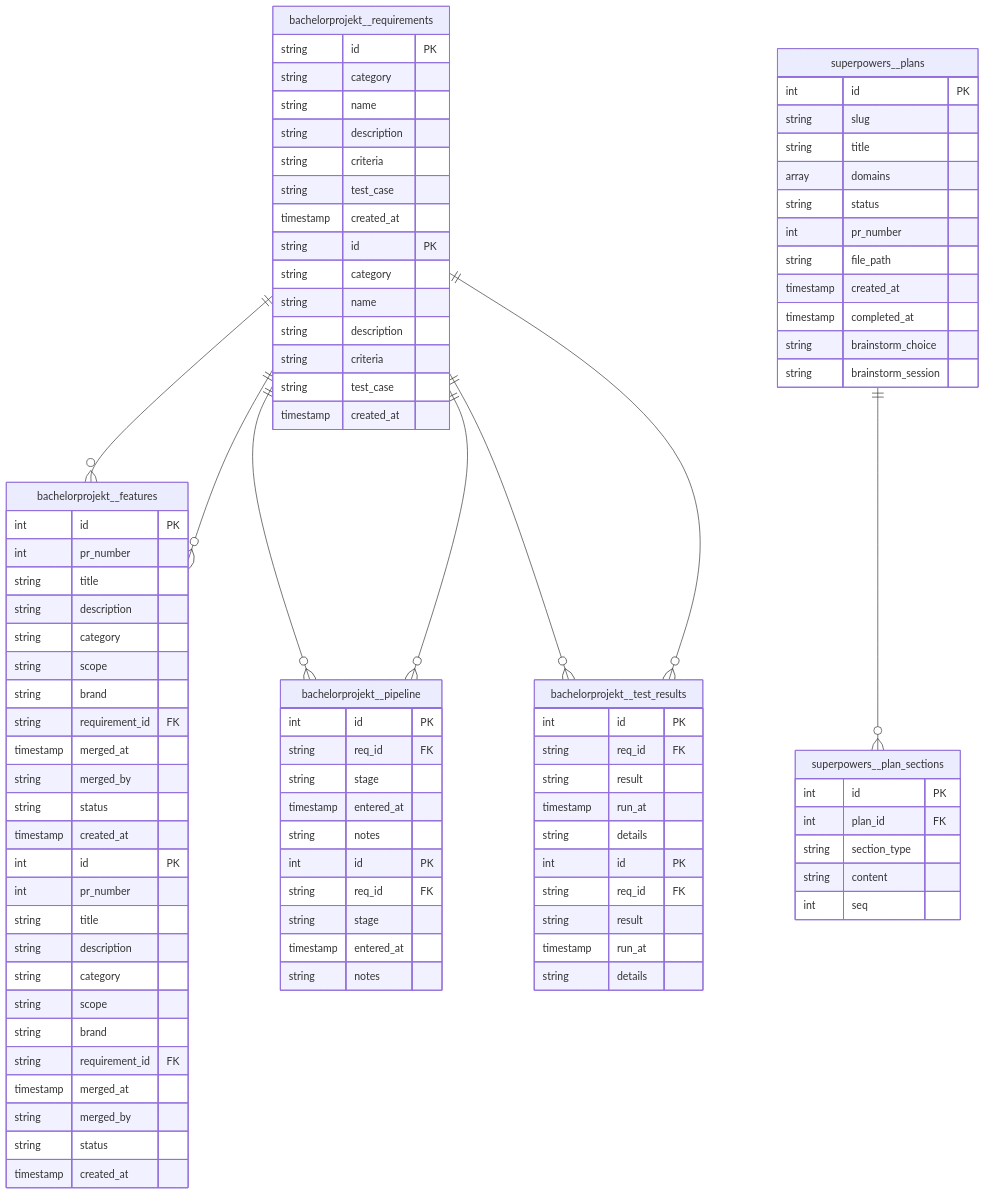
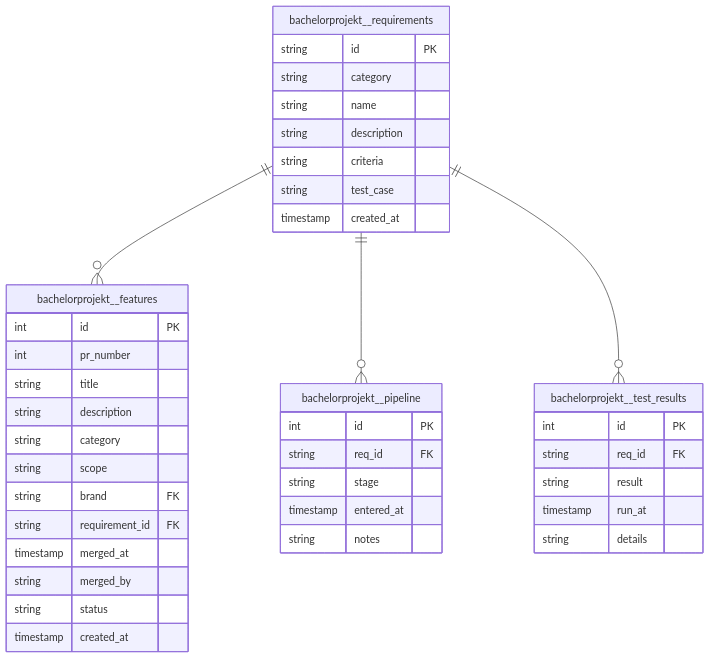
The eighth of 8 diagrams in docs/db-schema-diagram.md (Paddione/Bachelorprojekt), drawn with Mermaid before and after one commit. The commit also changed other lines of this file and 2 other files, not shown here.

First line of the commit message:
chore(db): add tickets.ticket_plans and fix tickets init [T000024, T000025]

````diff
--- a/docs/db-schema-diagram.md
+++ b/docs/db-schema-diagram.md
@@ -932,19 +761,7 @@
     string description
     string category
     string scope
-    string brand
-    string requirement_id FK
-    timestamp merged_at
-    string merged_by
-    string status
-    timestamp created_at
-    int id PK
-    int pr_number
-    string title
-    string description
-    string category
-    string scope
-    string brand
+    string brand FK
     string requirement_id FK
     timestamp merged_at
     string merged_by
@@ -952,11 +769,6 @@
     timestamp created_at
   }
   bachelorprojekt__pipeline {
-    int id PK
-    string req_id FK
-    string stage
-    timestamp entered_at
-    string notes
     int id PK
     string req_id FK
     string stage
@@ -971,13 +783,6 @@
     string criteria
     string test_case
     timestamp created_at
-    string id PK
-    string category
-    string name
-    string description
-    string criteria
-    string test_case
-    timestamp created_at
   }
   bachelorprojekt__test_results {
     int id PK
@@ -985,37 +790,8 @@
     string result
     timestamp run_at
     string details
-    int id PK
-    string req_id FK
-    string result
-    timestamp run_at
-    string details
-  }
-  superpowers__plan_sections {
-    int id PK
-    int plan_id FK
-    string section_type
-    string content
-    int seq
-  }
-  superpowers__plans {
-    int id PK
-    string slug
-    string title
-    array domains
-    string status
-    int pr_number
-    string file_path
-    timestamp created_at
-    timestamp completed_at
-    string brainstorm_choice
-    string brainstorm_session
   }
   bachelorprojekt__requirements ||--o{ bachelorprojekt__features : ""
   bachelorprojekt__requirements ||--o{ bachelorprojekt__pipeline : ""
   bachelorprojekt__requirements ||--o{ bachelorprojekt__test_results : ""
-  superpowers__plans ||--o{ superpowers__plan_sections : ""
-  bachelorprojekt__requirements ||--o{ bachelorprojekt__features : ""
-  bachelorprojekt__requirements ||--o{ bachelorprojekt__pipeline : ""
-  bachelorprojekt__requirements ||--o{ bachelorprojekt__test_results : ""
 ```
````
